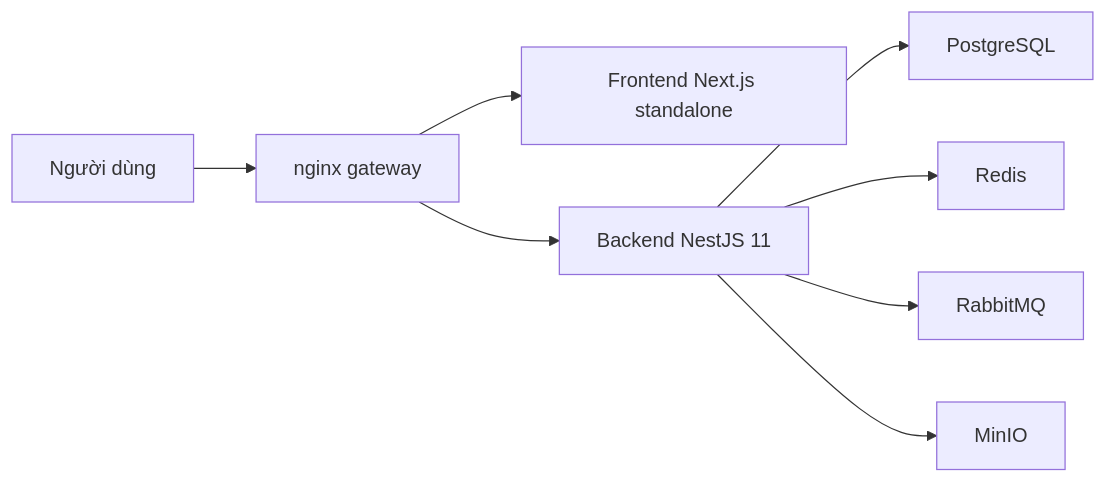
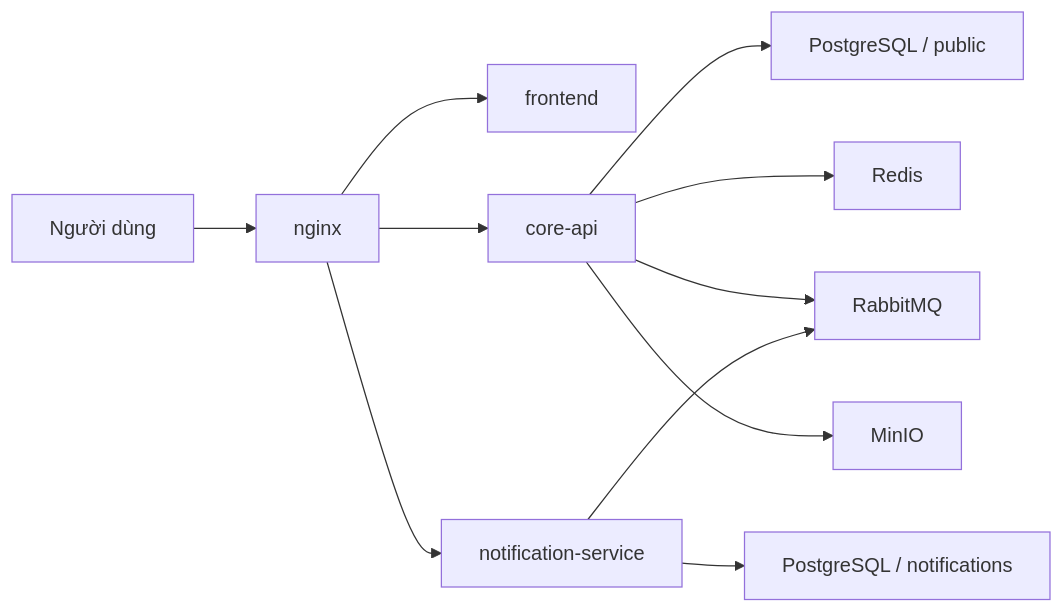
One commit to JasonTM17/CampusCore_FullStack_Individual changed the diagram in docs/ARCHITECTURE.md. Above: the diagram before and after it, drawn with Mermaid. The commit also changed other lines of this file and 7 other files, not shown here.

````diff
--- a/docs/ARCHITECTURE.md
+++ b/docs/ARCHITECTURE.md
@@ -7,10 +32,13 @@
 ```mermaid
 flowchart LR
-  U["Người dùng"] --> N["nginx gateway"]
-  N --> F["Frontend Next.js standalone"]
-  N --> B["Backend NestJS 11"]
-  B --> P["PostgreSQL"]
-  B --> R["Redis"]
-  B --> Q["RabbitMQ"]
-  B --> M["MinIO"]
+  U["Người dùng"] --> N["nginx"]
+  N --> F["frontend"]
+  N --> C["core-api"]
+  N --> S["notification-service"]
+  C --> P1["PostgreSQL / public"]
+  S --> P2["PostgreSQL / notifications"]
+  C --> R["Redis"]
+  C --> Q["RabbitMQ"]
+  S --> Q
+  C --> M["MinIO"]
 ```
````
